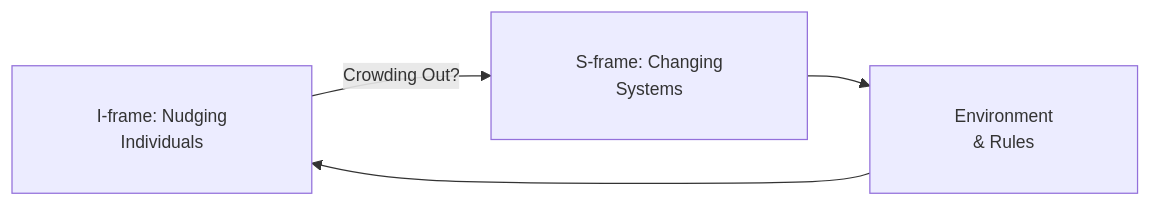
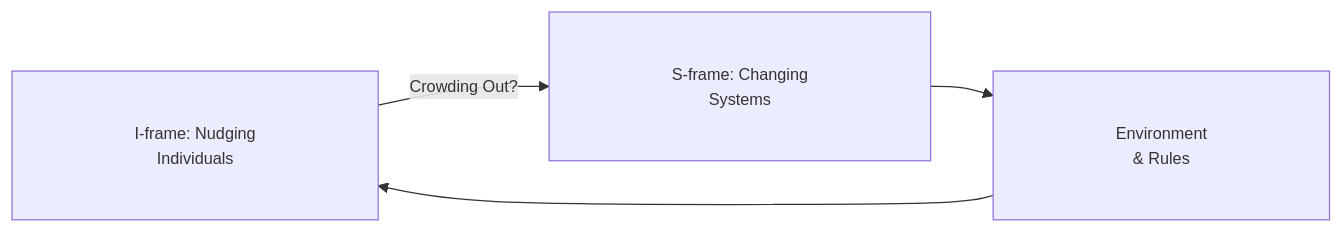
The fifth of 7 diagrams in Communication_Influence/Mastery_Guide_SOW_BS033.md (GM024/CourseSummaries), drawn with Mermaid before and after one commit. The commit also changed other lines of this file, not shown here.

Commit message:
Standardize all diagrams with 13px font, 40px padding, and Quad-Invisible-Padding

````diff
--- a/Communication_Influence/Mastery_Guide_SOW_BS033.md
+++ b/Communication_Influence/Mastery_Guide_SOW_BS033.md
@@ -156,7 +156,7 @@
 ```mermaid
-%%{init: {'flowchart': {'padding': 30}, 'themeVariables': { 'fontSize': '14px' }}}%%
+%%{init: {'flowchart': {'padding': 40}, 'themeVariables': { 'fontSize': '13px' }}}%%
 graph LR
-    I["&nbsp; I-frame: Nudging &nbsp;<br/>&nbsp; Individuals &nbsp;"] -- Crowding Out? --> S["&nbsp; S-frame: Changing &nbsp;<br/>&nbsp; Systems &nbsp;"]
-    S --> Environment["&nbsp; Environment &nbsp;<br/>&nbsp; & Rules &nbsp;"]
+    I["&nbsp;&nbsp;&nbsp;&nbsp; I-frame: Nudging &nbsp;&nbsp;&nbsp;&nbsp;<br/>&nbsp;&nbsp;&nbsp;&nbsp; Individuals &nbsp;&nbsp;&nbsp;&nbsp;"] -- Crowding Out? --> S["&nbsp;&nbsp;&nbsp;&nbsp; S-frame: Changing &nbsp;&nbsp;&nbsp;&nbsp;<br/>&nbsp;&nbsp;&nbsp;&nbsp; Systems &nbsp;&nbsp;&nbsp;&nbsp;"]
+    S --> Environment["&nbsp;&nbsp;&nbsp;&nbsp; Environment &nbsp;&nbsp;&nbsp;&nbsp;<br/>&nbsp;&nbsp;&nbsp;&nbsp; & Rules &nbsp;&nbsp;&nbsp;&nbsp;"]
     Environment --> I
 ```
````
